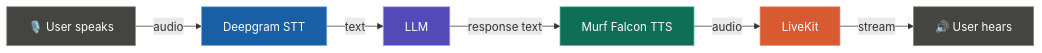
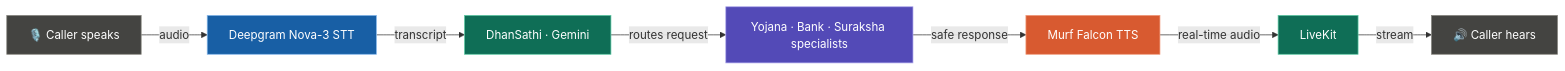
One commit to RishiBuilds/murf-livekit-starter changed the diagram in README.md. Above: the diagram before and after it, drawn with Mermaid. The commit also changed other lines of this file, not shown here.

Commit message:
docs: tailor README for DhanSathi

````diff
--- a/README.md
+++ b/README.md
@@ -41,15 +48,17 @@
 ```mermaid
 flowchart LR
-    A[🎙️ User speaks] -->|audio| B[Deepgram STT]
-    B -->|text| C[LLM]
-    C -->|response text| D[Murf Falcon TTS]
-    D -->|audio| E[LiveKit]
-    E -->|stream| F[🔊 User hears]
+    A["🎙️ Caller speaks"] -->|audio| B["Deepgram Nova-3 STT"]
+    B -->|transcript| C["DhanSathi · Gemini"]
+    C -->|routes request| D["Yojana · Bank · Suraksha specialists"]
+    D -->|safe response| E["Murf Falcon TTS"]
+    E -->|real-time audio| F["LiveKit"]
+    F -->|stream| G["🔊 Caller hears"]
 
     style A fill:#444441,stroke:#888780,color:#fff
     style B fill:#185FA5,stroke:#85B7EB,color:#fff
-    style C fill:#534AB7,stroke:#AFA9EC,color:#fff
-    style D fill:#0F6E56,stroke:#5DCAA5,color:#fff
+    style C fill:#0F6E56,stroke:#5DCAA5,color:#fff
+    style D fill:#534AB7,stroke:#AFA9EC,color:#fff
     style E fill:#D85A30,stroke:#F0997B,color:#fff
-    style F fill:#444441,stroke:#888780,color:#fff
+    style F fill:#0F6E56,stroke:#5DCAA5,color:#fff
+    style G fill:#444441,stroke:#888780,color:#fff
 ```
````
